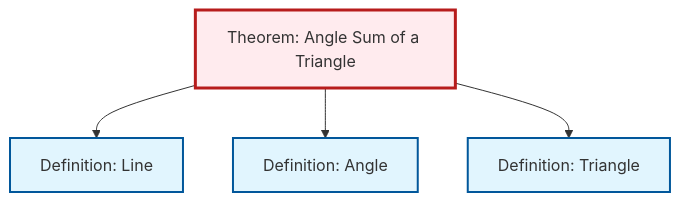
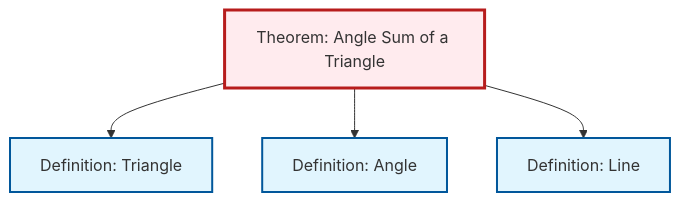
Before and after one commit to RK0429/ModernMath: the diagram in content/ja/geometry/thm-angle-sum-triangle.qmd, drawn with Mermaid. The commit also changed other lines of this file and 615 other files, not shown here.

````diff
--- a/content/ja/geometry/thm-angle-sum-triangle.qmd
+++ b/content/ja/geometry/thm-angle-sum-triangle.qmd
@@ -58,20 +58,20 @@
 ```{mermaid}
 %%| fig-cap: "Local dependency graph"
 graph TD
     classDef definition fill:#e1f5fe,stroke:#01579b,stroke-width:2px
     classDef theorem fill:#f3e5f5,stroke:#4a148c,stroke-width:2px
     classDef axiom fill:#fff3e0,stroke:#e65100,stroke-width:2px
     classDef example fill:#e8f5e9,stroke:#1b5e20,stroke-width:2px
     classDef current fill:#ffebee,stroke:#b71c1c,stroke-width:3px
     def-triangle["Definition: Triangle"]:::definition
+    def-angle["Definition: Angle"]:::definition
     thm-angle-sum-triangle["Theorem: Angle Sum of a Triangle"]:::theorem
     def-line["Definition: Line"]:::definition
-    def-angle["Definition: Angle"]:::definition
+    thm-angle-sum-triangle --> def-triangle
+    thm-angle-sum-triangle --> def-angle
     thm-angle-sum-triangle --> def-line
-    thm-angle-sum-triangle --> def-angle
-    thm-angle-sum-triangle --> def-triangle
     class thm-angle-sum-triangle current
     click def-triangle "def-triangle.html" "Definition: Triangleへ"
+    click def-angle "def-angle.html" "Definition: Angleへ"
     click def-line "def-line.html" "Definition: Lineへ"
-    click def-angle "def-angle.html" "Definition: Angleへ"
 ```
````
